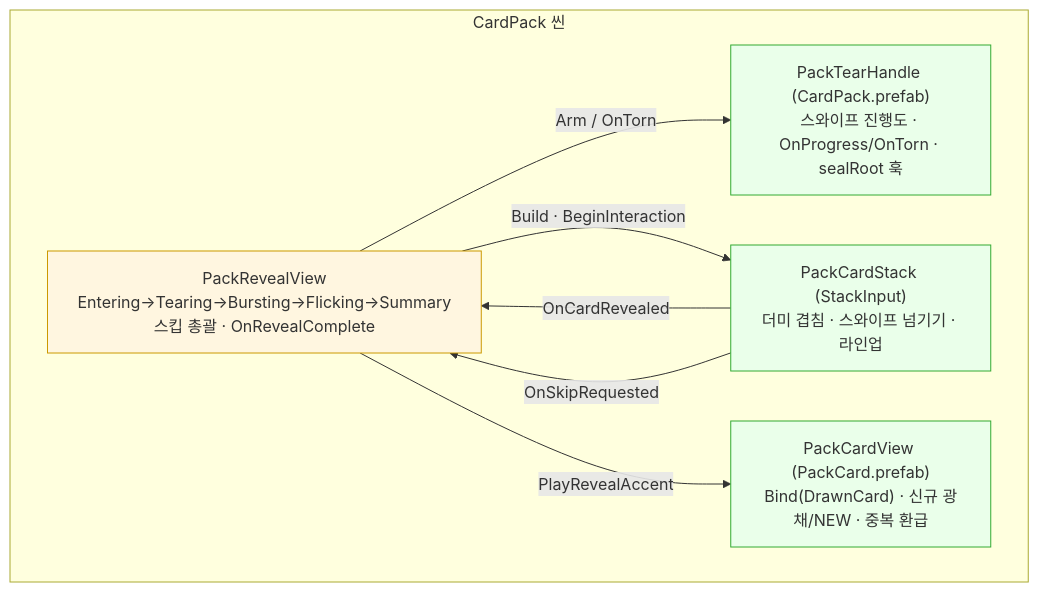
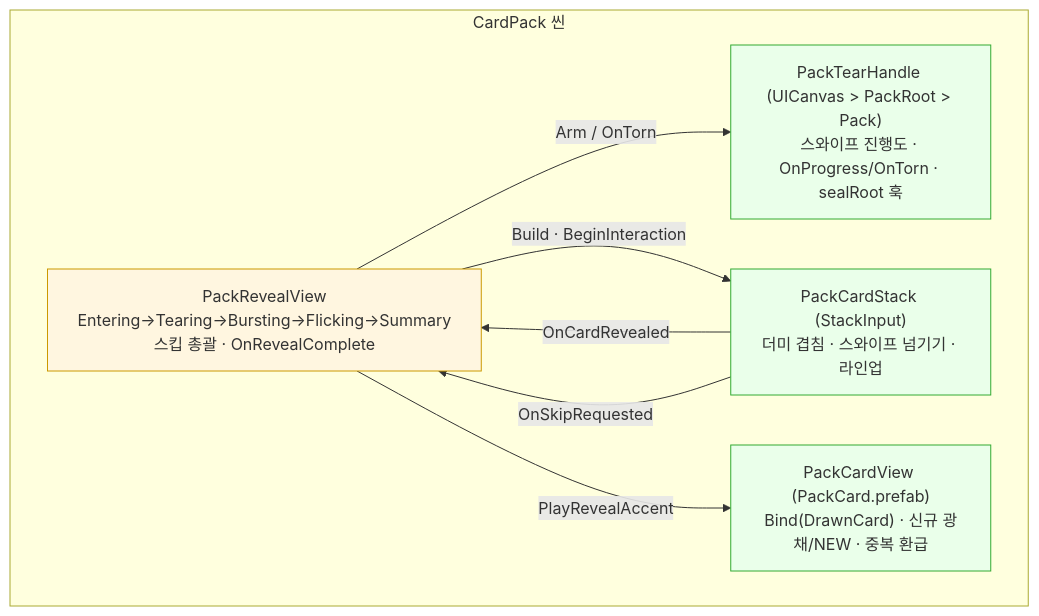
One commit to hspark-maker/TeamfightTCG_Migriation changed diagram 13 of 18 in docs/OutGamePlan/STRUCTURE.md. Above: the diagram before and after it, drawn with Mermaid. The commit also changed other lines of this file and 27 other files, not shown here.

````diff
--- a/docs/OutGamePlan/STRUCTURE.md
+++ b/docs/OutGamePlan/STRUCTURE.md
@@ -617,18 +620,18 @@
 ```mermaid
 flowchart TD
     subgraph scene["CardPack 씬"]
         VIEW["PackRevealView<br/>Entering→Tearing→Bursting→Flicking→Summary<br/>스킵 총괄 · OnRevealComplete"]:::chg
-        TEAR["PackTearHandle (CardPack.prefab)<br/>스와이프 진행도 · OnProgress/OnTorn · sealRoot 훅"]:::new
+        TEAR["PackTearHandle (UICanvas > PackRoot > Pack)<br/>스와이프 진행도 · OnProgress/OnTorn · sealRoot 훅"]:::new
         STACK["PackCardStack (StackInput)<br/>더미 겹침 · 스와이프 넘기기 · 라인업"]:::new
         CARD["PackCardView (PackCard.prefab)<br/>Bind(DrawnCard) · 신규 광채/NEW · 중복 환급"]:::new
     end
 
     VIEW -->|Arm / OnTorn| TEAR
     VIEW -->|Build · BeginInteraction| STACK
     STACK -->|OnCardRevealed| VIEW
     VIEW -->|PlayRevealAccent| CARD
     STACK -->|OnSkipRequested| VIEW
 
     classDef new fill:#eaffea,stroke:#3a3
     classDef chg fill:#fff6e0,stroke:#c90
 ```
````
